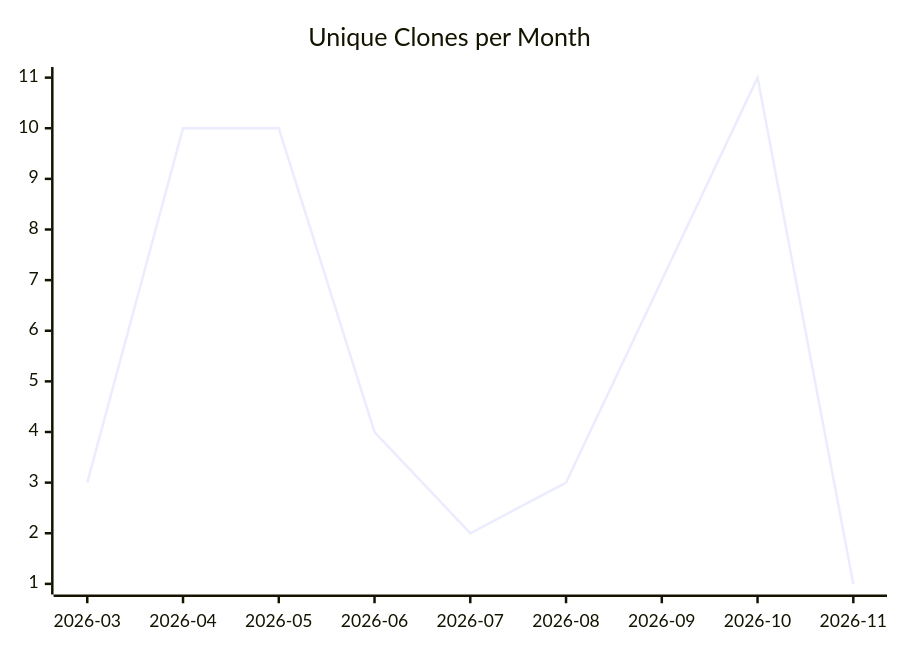
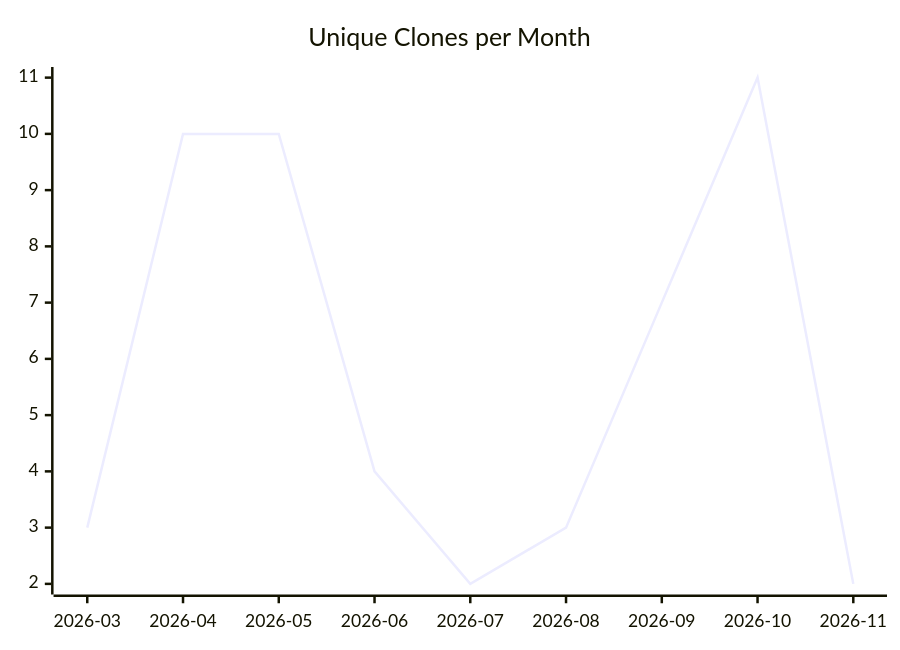
One commit to justdavis-family/github-analytics-data changed the third of 3 diagrams in karlmdavis/stockfighter-trades-solutions/README.md. Above: the diagram before and after it, drawn with Mermaid. The commit also changed other lines of this file and 188 other files, not shown here.

````diff
--- a/karlmdavis/stockfighter-trades-solutions/README.md
+++ b/karlmdavis/stockfighter-trades-solutions/README.md
@@ -19,6 +19,6 @@
 ```mermaid
 xychart-beta
   title "Unique Clones per Month"
   x-axis ["2026-03", "2026-04", "2026-05", "2026-06", "2026-07", "2026-08", "2026-09", "2026-10", "2026-11"]
-  line [3, 10, 10, 4, 2, 3, 7, 11, 1]
+  line [3, 10, 10, 4, 2, 3, 7, 11, 2]
 ```
````
